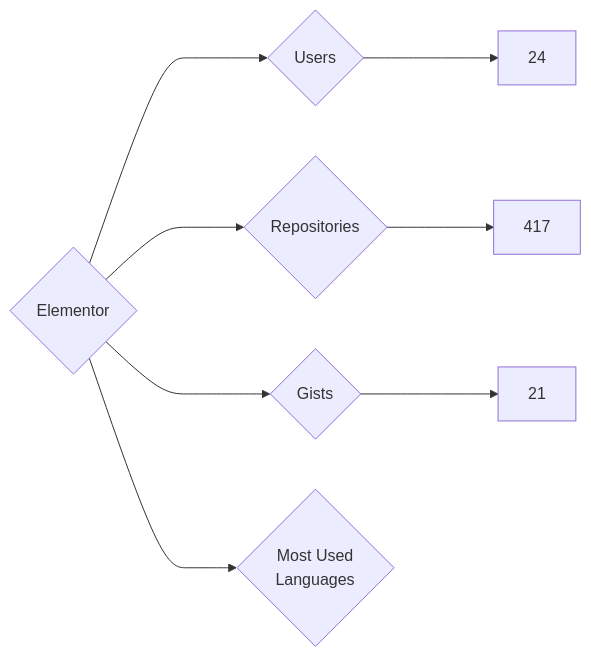
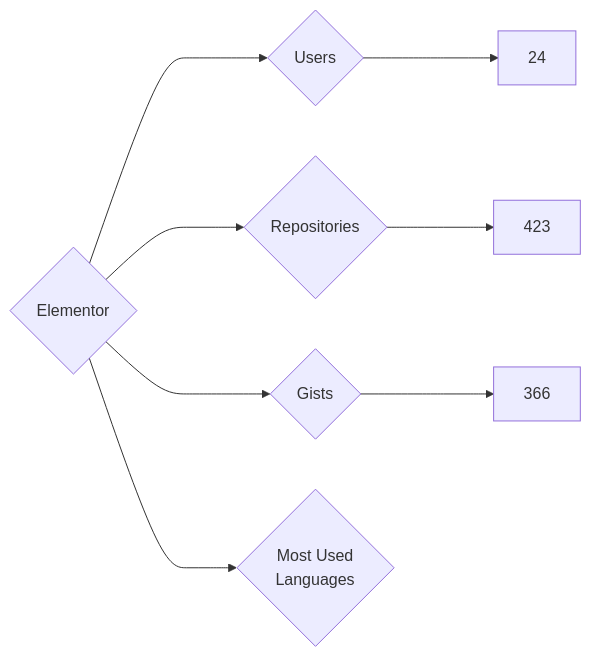
The diagram in targets/Elementor/README.md (nenadzaric/insiders), drawn with Mermaid before and after one commit. The commit also changed 1342 other files, not shown here.

````diff
--- a/targets/Elementor/README.md
+++ b/targets/Elementor/README.md
@@ -3,8 +3,8 @@
 ```mermaid
 graph LR
 COMPANY_NAME{Elementor}
 COMPANY_NAME ---> U{Users} ---> UN[24]
-COMPANY_NAME ---> R{Repositories} ---> RN[417]
-COMPANY_NAME ---> G{Gists} ---> GN[21]
+COMPANY_NAME ---> R{Repositories} ---> RN[423]
+COMPANY_NAME ---> G{Gists} ---> GN[366]
 COMPANY_NAME ---> ML{Most Used<br>Languages}
 ```
````
